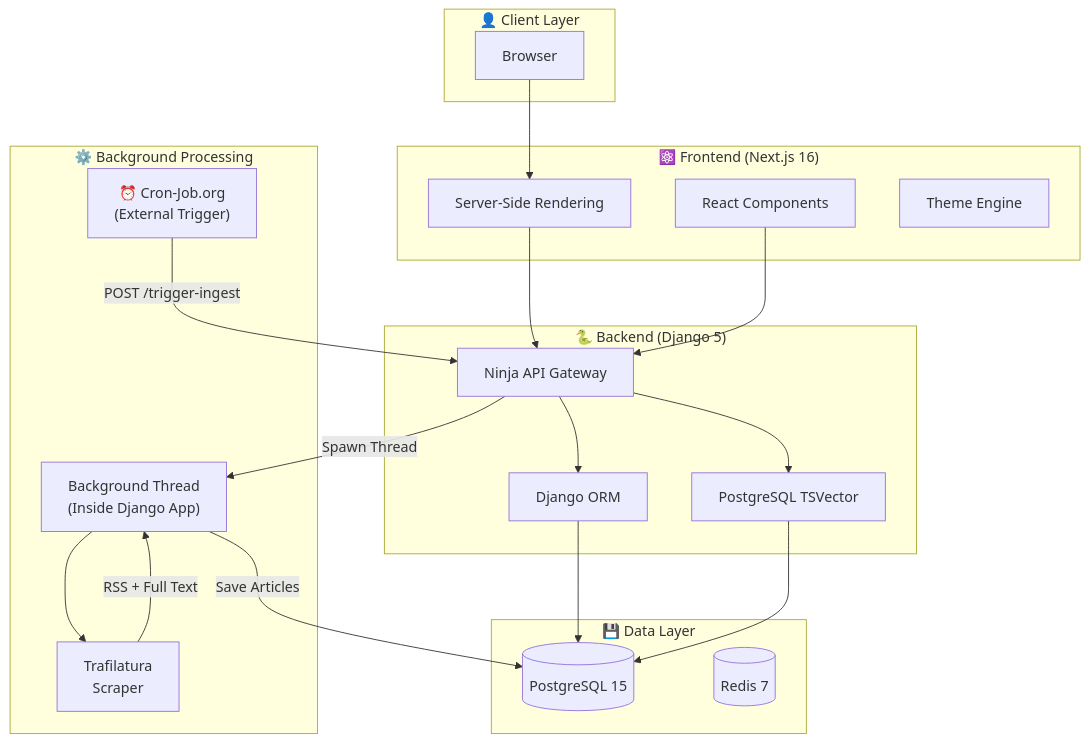
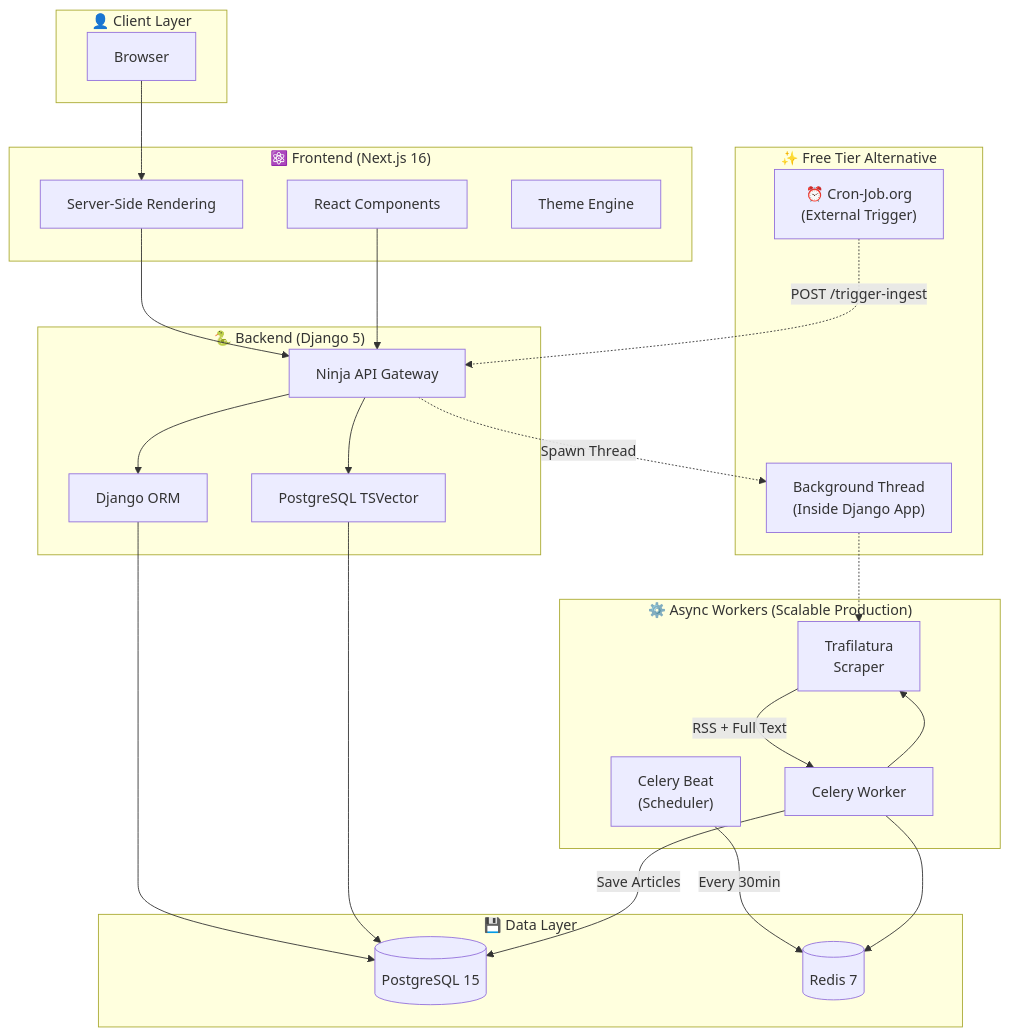
The first of 3 diagrams in README.md (emmanuelrichard01/ULTRA-NEWS), drawn with Mermaid before and after one commit. The commit also changed other lines of this file, not shown here.

Commit message:
feat: introduce and detail two article ingestion pipeline strategies, scalable (Celery) and free-tier (Cron), with updated architecture and sequence diagrams.

````diff
--- a/README.md
+++ b/README.md
@@ -77,43 +77,54 @@
 ```mermaid
 flowchart TB
     subgraph Client["👤 Client Layer"]
         Browser["Browser"]
     end
 
     subgraph Frontend["⚛️ Frontend (Next.js 16)"]
         SSR["Server-Side Rendering"]
         React["React Components"]
         Themes["Theme Engine"]
     end
 
     subgraph Backend["🐍 Backend (Django 5)"]
         Ninja["Ninja API Gateway"]
         ORM["Django ORM"]
         Search["PostgreSQL TSVector"]
     end
 
     subgraph Data["💾 Data Layer"]
         Postgres[("PostgreSQL 15")]
         Redis[("Redis 7")]
     end
 
-    subgraph Workers["⚙️ Background Processing"]
+    subgraph Workers["⚙️ Async Workers (Scalable Production)"]
+        Beat["Celery Beat\n(Scheduler)"]
+        Worker["Celery Worker"]
+        Scraper["Trafilatura\nScraper"]
+    end
+    
+    subgraph FreeTier["✨ Free Tier Alternative"]
         Cron["⏰ Cron-Job.org\n(External Trigger)"]
         Thread["Background Thread\n(Inside Django App)"]
-        Scraper["Trafilatura\nScraper"]
     end
 
     Browser --> SSR
     SSR --> Ninja
     React --> Ninja
     Ninja --> ORM
     ORM --> Postgres
     Ninja --> Search
     Search --> Postgres
     
-    Cron -->|"POST /trigger-ingest"| Ninja
-    Ninja -->|"Spawn Thread"| Thread
-    Thread --> Scraper
-    Scraper -->|"RSS + Full Text"| Thread
-    Thread -->|"Save Articles"| Postgres
+    %% Standard Path (Recommended)
+    Beat -->|"Every 30min"| Redis
+    Worker --> Redis
+    Worker --> Scraper
+    Scraper -->|"RSS + Full Text"| Worker
+    Worker -->|"Save Articles"| Postgres
+
+    %% Free Tier Path
+    Cron -.->|"POST /trigger-ingest"| Ninja
+    Ninja -.->|"Spawn Thread"| Thread
+    Thread -.-> Scraper
 ```
````
